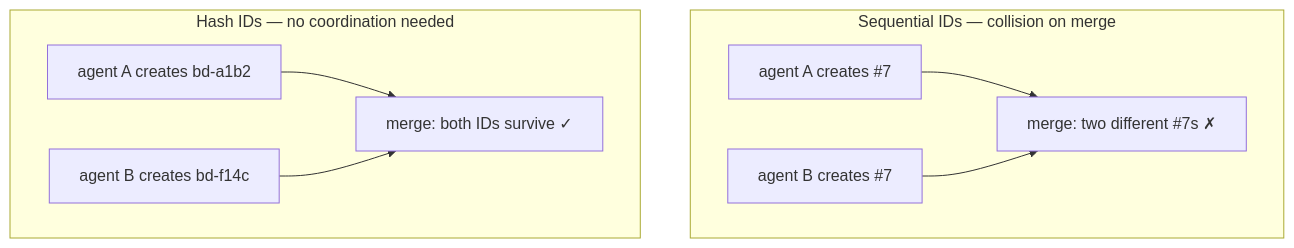
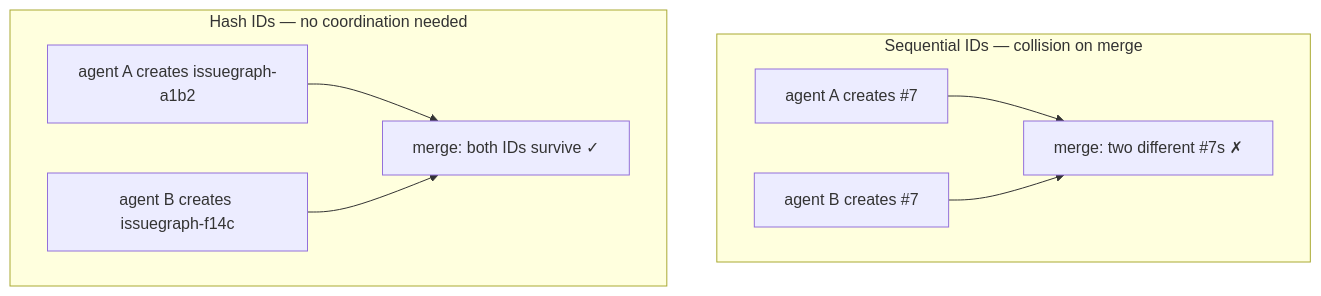
Before and after one commit to borg0ai/dx-issuegraph: the diagram in docs/core-concepts/hash-ids.md, drawn with Mermaid. The commit also changed other lines of this file and 3234 other files, not shown here.

````diff
--- a/docs/core-concepts/hash-ids.md
+++ b/docs/core-concepts/hash-ids.md
@@ -15,11 +15,11 @@
 ```mermaid
 flowchart TD
     subgraph seq["Sequential IDs — collision on merge"]
         a1["agent A creates #7"] --> m1["merge: two different #7s ✗"]
         b1["agent B creates #7"] --> m1
     end
     subgraph hash["Hash IDs — no coordination needed"]
-        a2["agent A creates bd-a1b2"] --> m2["merge: both IDs survive ✓"]
-        b2["agent B creates bd-f14c"] --> m2
+        a2["agent A creates issuegraph-a1b2"] --> m2["merge: both IDs survive ✓"]
+        b2["agent B creates issuegraph-f14c"] --> m2
     end
 ```
````
